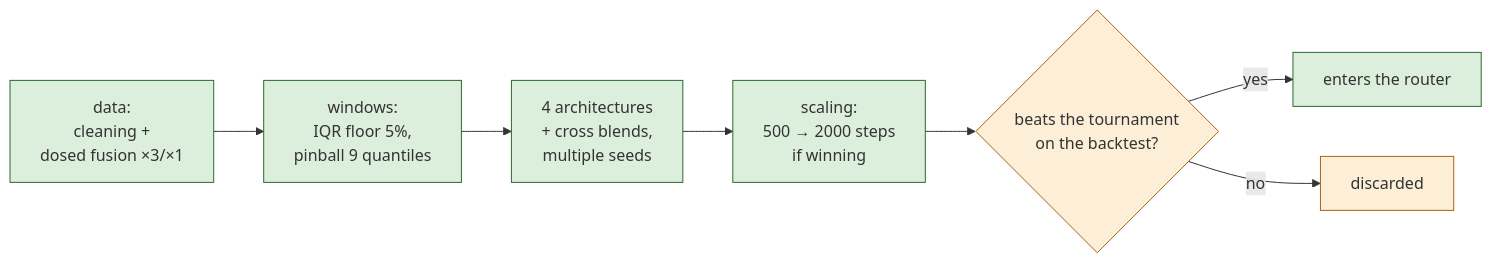
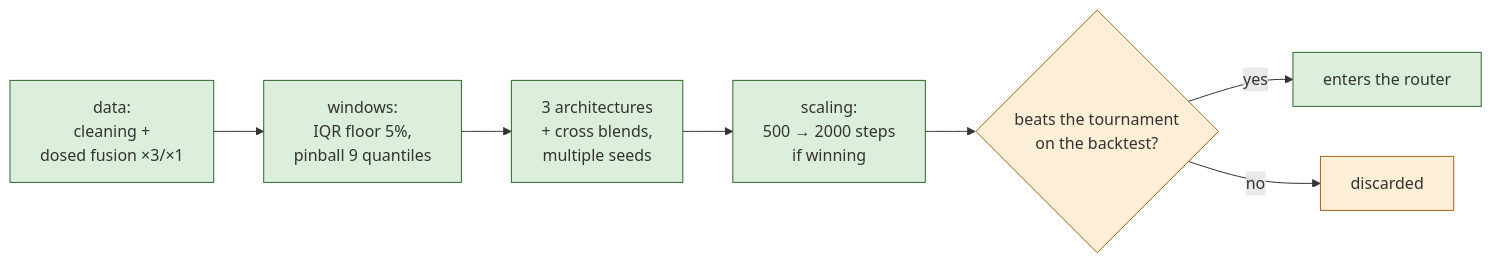
Before and after one commit to TW3-Partners-OS/TW3-Cast: the third of 3 diagrams in REPORT.md, drawn with Mermaid. The commit also changed other lines of this file and 6 other files, not shown here.

````diff
--- a/REPORT.md
+++ b/REPORT.md
@@ -128,11 +128,11 @@
 ```mermaid
 flowchart LR
     classDef ft fill:#dcefdc,stroke:#2d6a2d
     classDef tn fill:#fdeed7,stroke:#a86414
     A["data:<br/>cleaning +<br/>dosed fusion ×3/×1"]:::ft --> W["windows:<br/>IQR floor 5%,<br/>pinball 9 quantiles"]:::ft
-    W --> M["4 architectures<br/>+ cross blends,<br/>multiple seeds"]:::ft
+    W --> M["3 architectures<br/>+ cross blends,<br/>multiple seeds"]:::ft
     M --> P["scaling:<br/>500 → 2000 steps<br/>if winning"]:::ft
     P --> V{"beats the tournament<br/>on the backtest?"}:::tn
     V -->|"yes"| RT["enters the router"]:::ft
     V -->|"no"| KO["discarded"]:::tn
 ```
````
